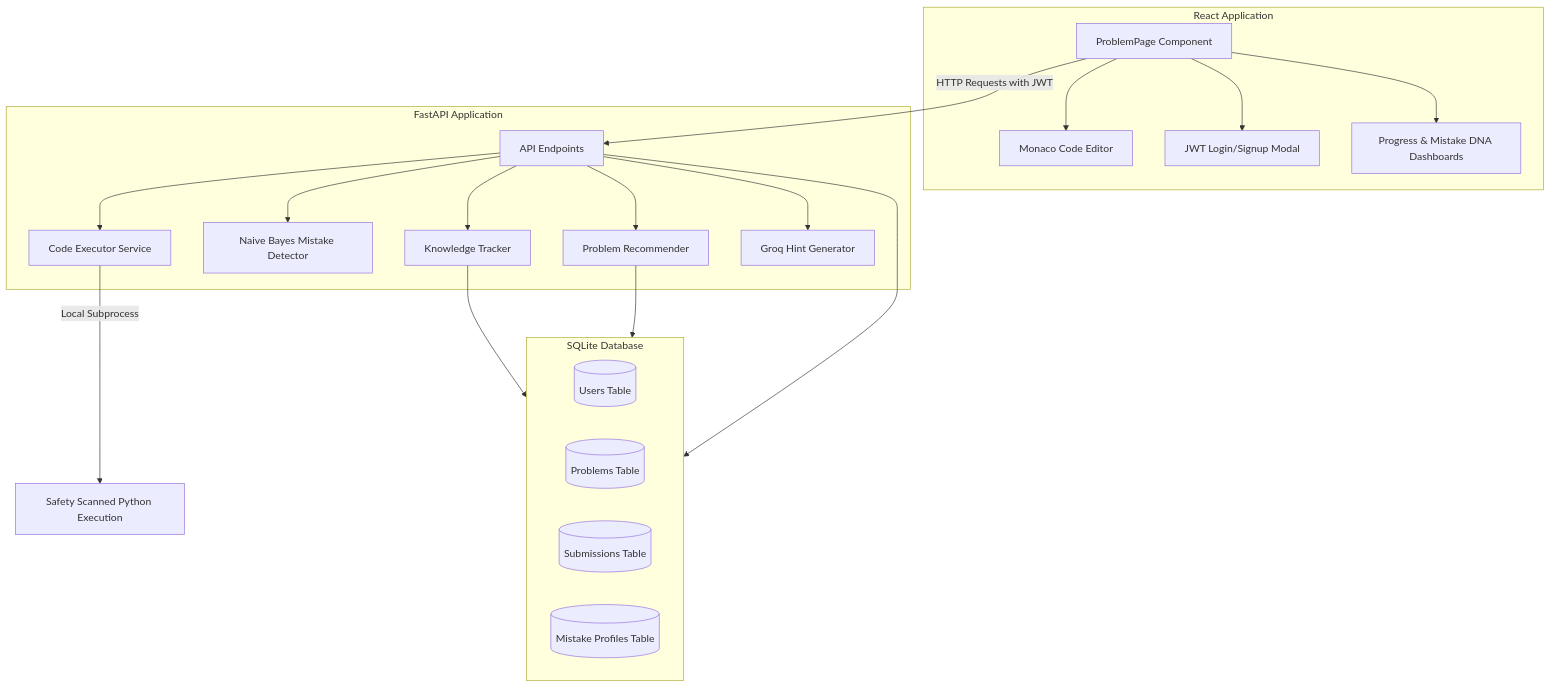
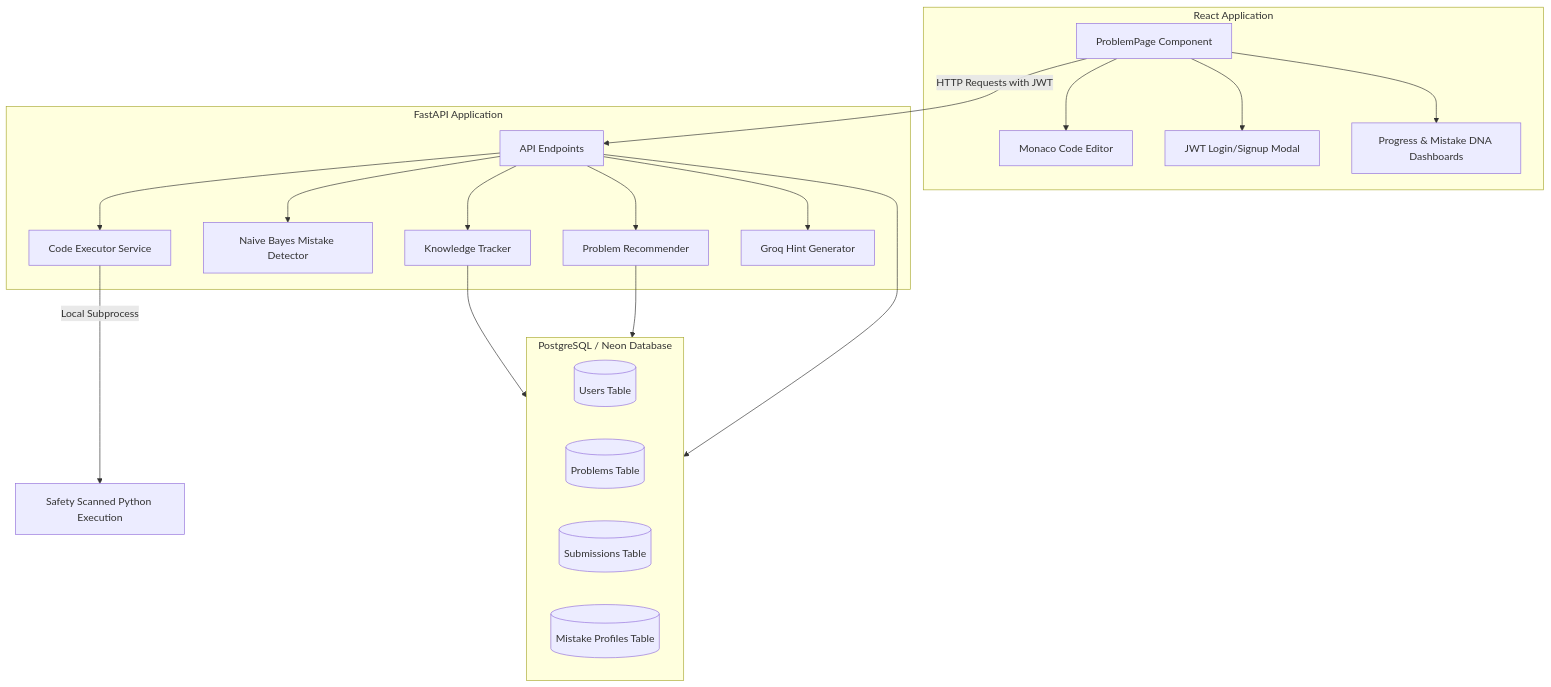
One commit to Abdullah-Ahmad-2025/coding-tutor changed the diagram in README.md. Above: the diagram before and after it, drawn with Mermaid. The commit also changed other lines of this file and 12 other files, not shown here.

````diff
--- a/README.md
+++ b/README.md
@@ -9,41 +9,41 @@
 ```mermaid
 graph TD
     subgraph Frontend [React Application]
         UI[ProblemPage Component]
         Monaco[Monaco Code Editor]
         AuthForm[JWT Login/Signup Modal]
         Dashboards[Progress & Mistake DNA Dashboards]
     end
 
     subgraph Backend [FastAPI Application]
         API[API Endpoints]
         Exec[Code Executor Service]
         Detect[Naive Bayes Mistake Detector]
         Track[Knowledge Tracker]
         Rec[Problem Recommender]
         LLM[Groq Hint Generator]
     end
 
-    subgraph DB [SQLite Database]
+    subgraph DB [PostgreSQL / Neon Database]
         UsersTable[(Users Table)]
         ProblemsTable[(Problems Table)]
         SubmissionsTable[(Submissions Table)]
         ProfilesTable[(Mistake Profiles Table)]
     end
 
     UI --> Monaco
     UI --> AuthForm
     UI --> Dashboards
 
     UI -- HTTP Requests with JWT --> API
     API --> Exec
     API --> Detect
     API --> Track
     API --> Rec
     API --> LLM
 
     Exec -- Local Subprocess --> SandboxedRun[Safety Scanned Python Execution]
     Track --> DB
     Rec --> DB
     API --> DB
 ```
````
